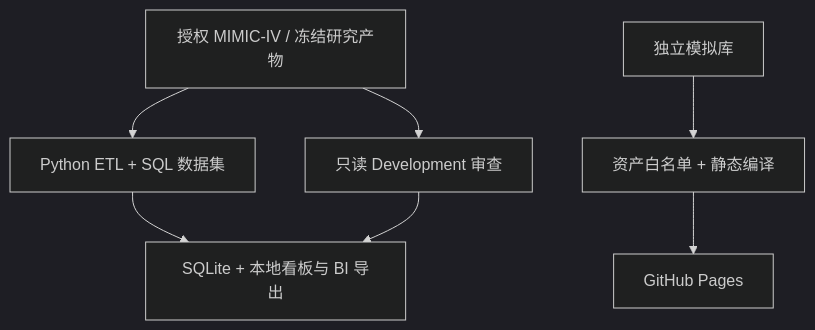
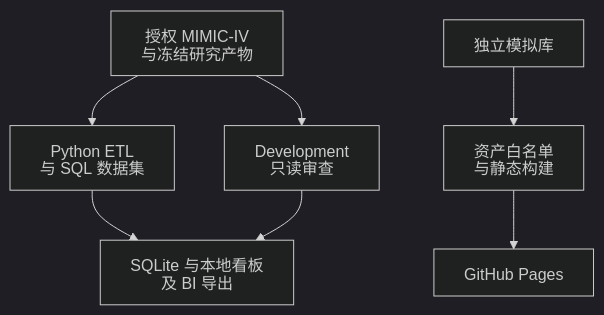
Before and after one commit to huhu-0026/icu-outcomes-analytics: the second of 2 diagrams in README.md, drawn with Mermaid (dark theme). The commit also changed 1 other file, not shown here.

Commit message:
Prevent clipped labels in README workflow diagram

````diff
--- a/README.md
+++ b/README.md
@@ -26,8 +26,11 @@
 ```mermaid
+%%{init: {"htmlLabels": false, "flowchart": {"htmlLabels": false}}}%%
 flowchart TD
-  RAW["授权 MIMIC-IV / 冻结研究产物"] --> ETL["Python ETL + SQL 数据集"]
-  ETL --> LOCAL["SQLite + 本地看板与 BI 导出"]
-  RAW --> REVIEW["只读 Development 审查"]
+  accTitle: 本地研究与公开演示的数据流
+  accDescr: 授权 MIMIC-IV 和冻结研究产物经数据处理与只读审查后用于本地看板与 BI 导出。独立模拟库经白名单检查和静态构建后发布到 GitHub Pages。
+  RAW["授权 MIMIC-IV<br/>与冻结研究产物"] --> ETL["Python ETL<br/>与 SQL 数据集"]
+  ETL --> LOCAL["SQLite 与本地看板<br/>及 BI 导出"]
+  RAW --> REVIEW["Development<br/>只读审查"]
   REVIEW --> LOCAL
-  DEMO["独立模拟库"] --> BUILD["资产白名单 + 静态编译"] --> SITE["GitHub Pages"]
+  DEMO["独立模拟库"] --> BUILD["资产白名单<br/>与静态构建"] --> SITE["GitHub Pages"]
 ```
````
